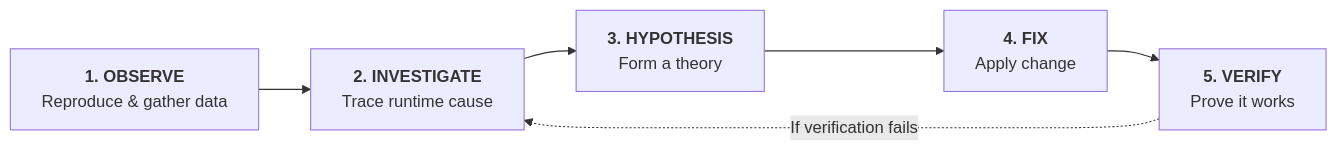
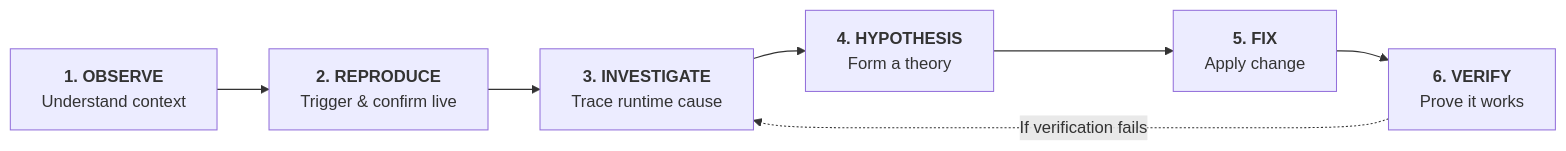
The diagram in README.md (dominika-zajac/bug-museum-participants-view), drawn with Mermaid before and after one commit. The commit also changed other lines of this file and 5 other files, not shown here.

````diff
--- a/README.md
+++ b/README.md
@@ -34,8 +34,9 @@
 ```mermaid
 graph LR
-    O["<b>1. OBSERVE</b><br/>Reproduce & gather data"] --> I["<b>2. INVESTIGATE</b><br/>Trace runtime cause"]
-    I --> H["<b>3. HYPOTHESIS</b><br/>Form a theory"]
-    H --> F["<b>4. FIX</b><br/>Apply change"]
-    F --> V["<b>5. VERIFY</b><br/>Prove it works"]
+    O["<b>1. OBSERVE</b><br/>Understand context"] --> R["<b>2. REPRODUCE</b><br/>Trigger & confirm live"]
+    R --> I["<b>3. INVESTIGATE</b><br/>Trace runtime cause"]
+    I --> H["<b>4. HYPOTHESIS</b><br/>Form a theory"]
+    H --> F["<b>5. FIX</b><br/>Apply change"]
+    F --> V["<b>6. VERIFY</b><br/>Prove it works"]
     V -. "If verification fails" .-> I
 ```
````
